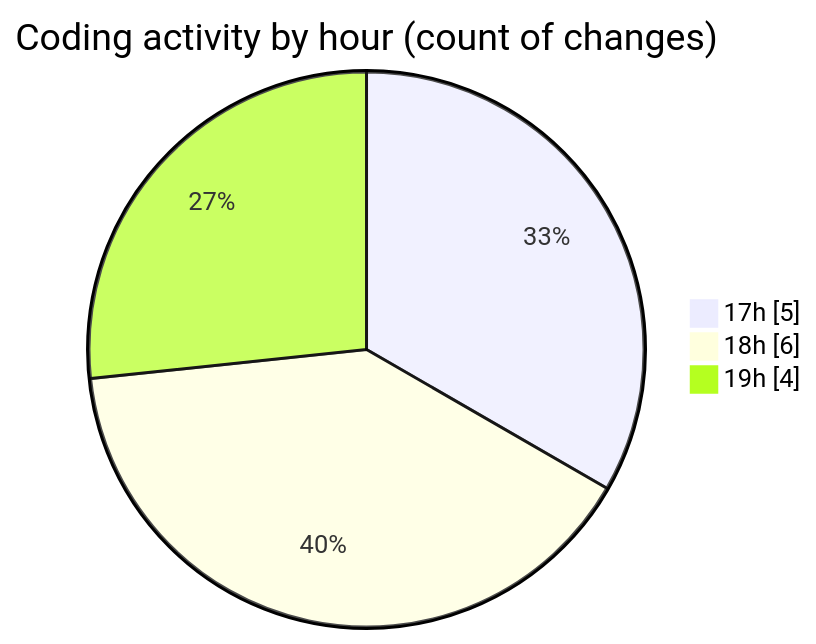
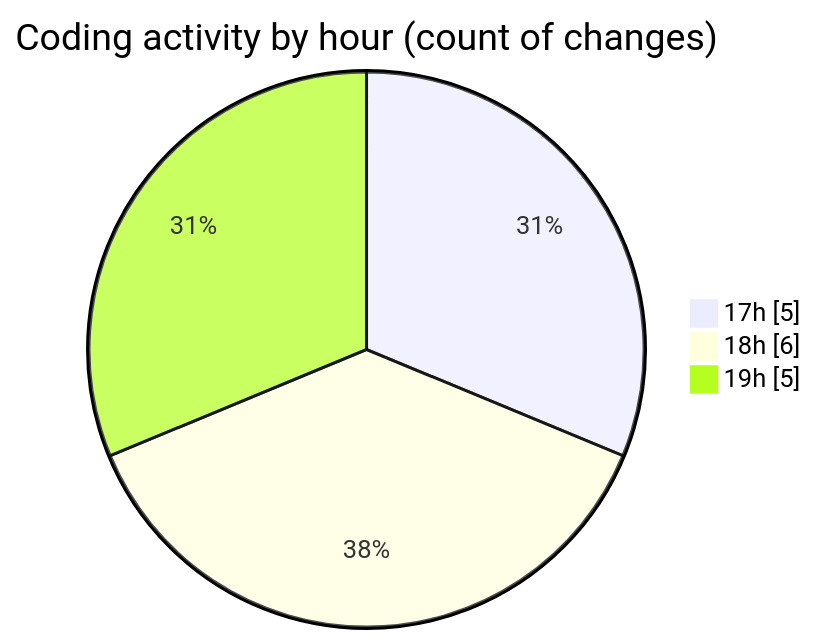
The second of 2 diagrams in 2026-02-01/singularitybrainai/README.md (tmsrecording-cyber/code-tracking), drawn with Mermaid before and after one commit. The commit also changed other lines of this file and 1 other file, not shown here.

````diff
--- a/2026-02-01/singularitybrainai/README.md
+++ b/2026-02-01/singularitybrainai/README.md
@@ -31,7 +31,7 @@
 ```mermaid
 pie showData
 title Coding activity by hour (count of changes)
 "17h" : 5
 "18h" : 6
-"19h" : 4
+"19h" : 5
 ```
````
